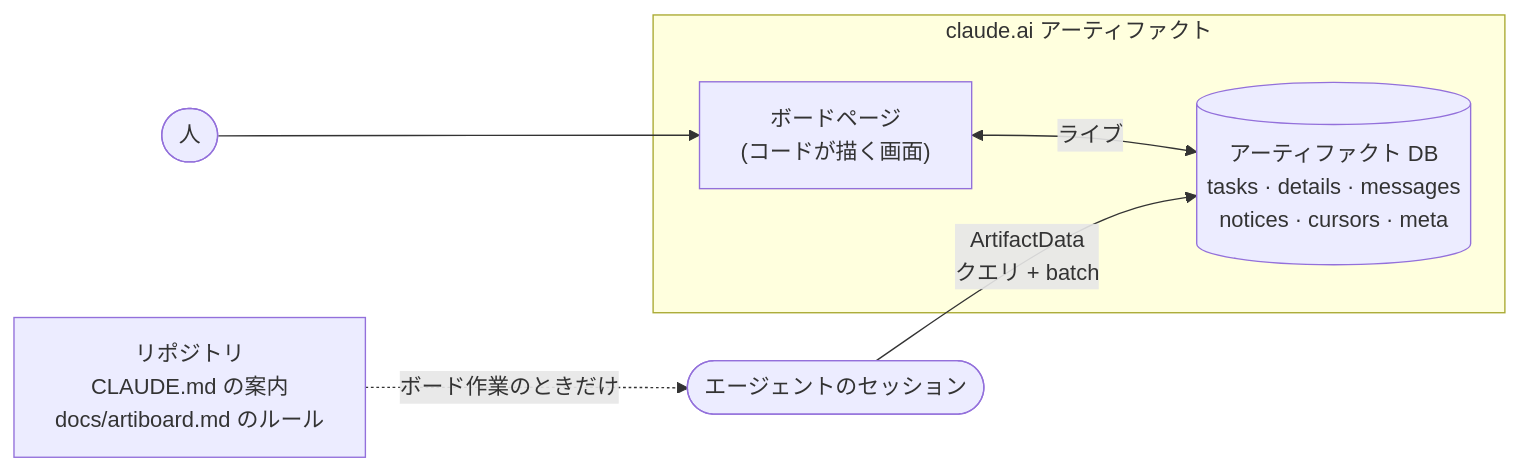
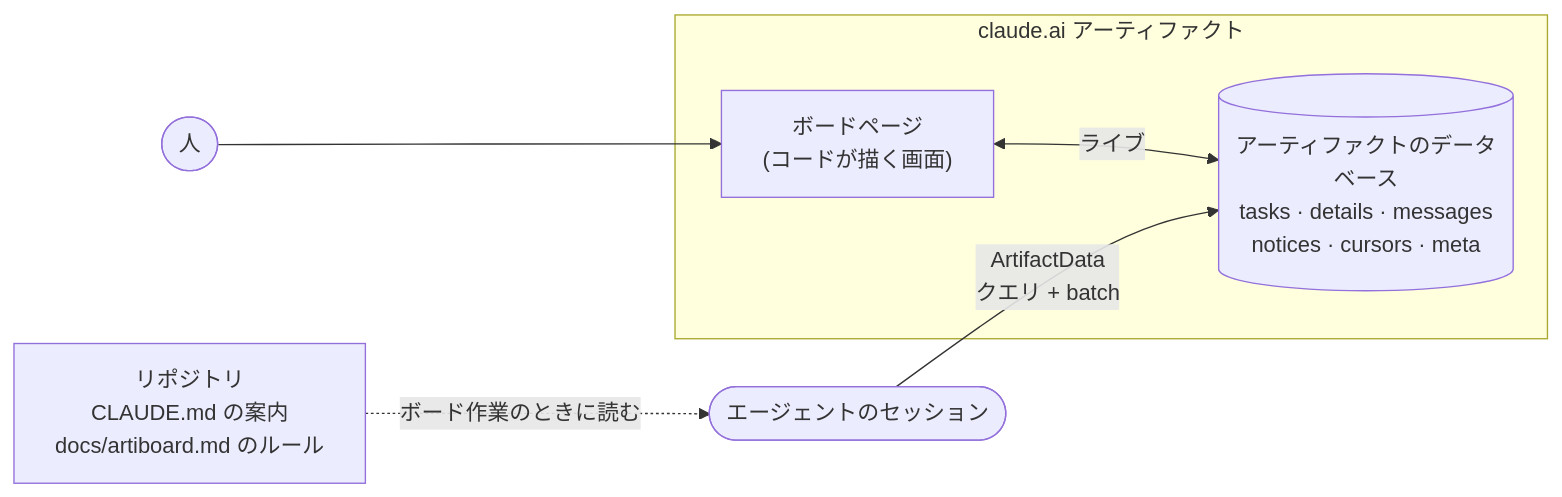
Before and after one commit to yulmucoffee/artiboard: the diagram in README.ja.md, drawn with Mermaid. The commit also changed other lines of this file and 9 other files, not shown here.

````diff
--- a/README.ja.md
+++ b/README.ja.md
@@ -289,11 +237,11 @@
 ```mermaid
 flowchart LR
   subgraph Artifact["claude.ai アーティファクト"]
     Page["ボードページ<br/>(コードが描く画面)"]
-    DB[("アーティファクト DB<br/>tasks · details · messages<br/>notices · cursors · meta")]
+    DB[("アーティファクトのデータベース<br/>tasks · details · messages<br/>notices · cursors · meta")]
     Page <-- ライブ --> DB
   end
   People(["人"]) --> Page
   AgentA(["エージェントのセッション"]) -- ArtifactData<br/>クエリ + batch --> DB
-  Repo["リポジトリ<br/>CLAUDE.md の案内<br/>docs/artiboard.md のルール"] -. ボード作業のときだけ .-> AgentA
+  Repo["リポジトリ<br/>CLAUDE.md の案内<br/>docs/artiboard.md のルール"] -. ボード作業のときに読む .-> AgentA
 ```
````
